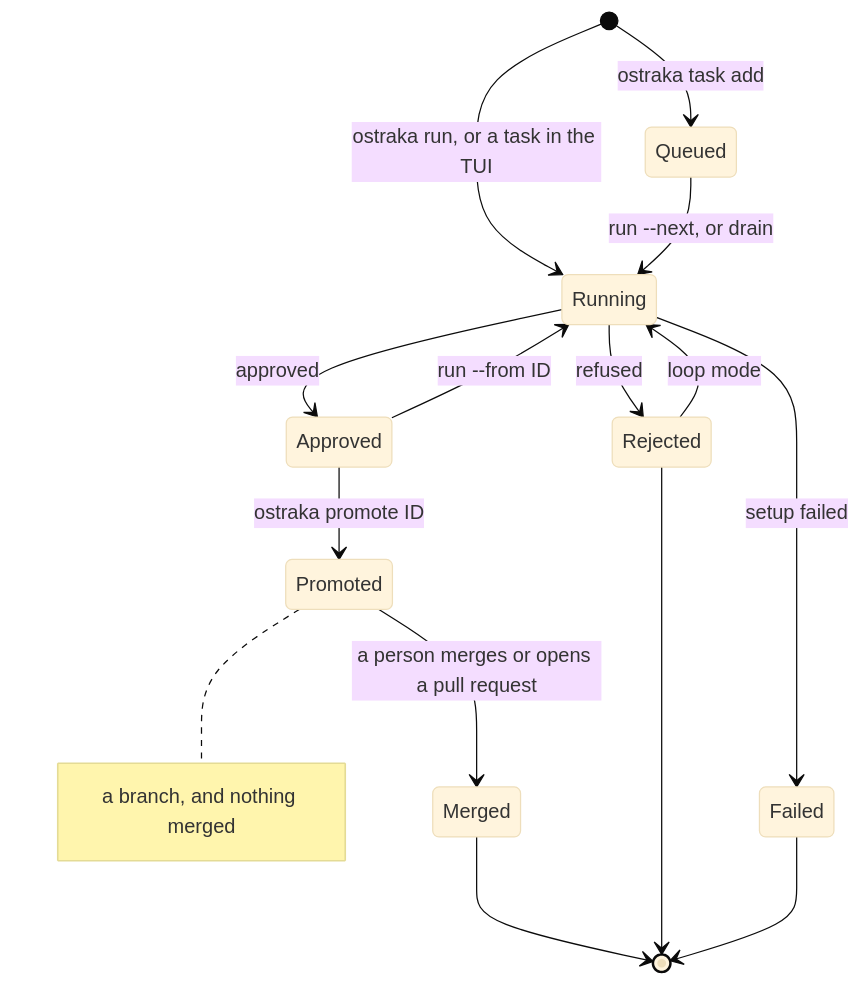
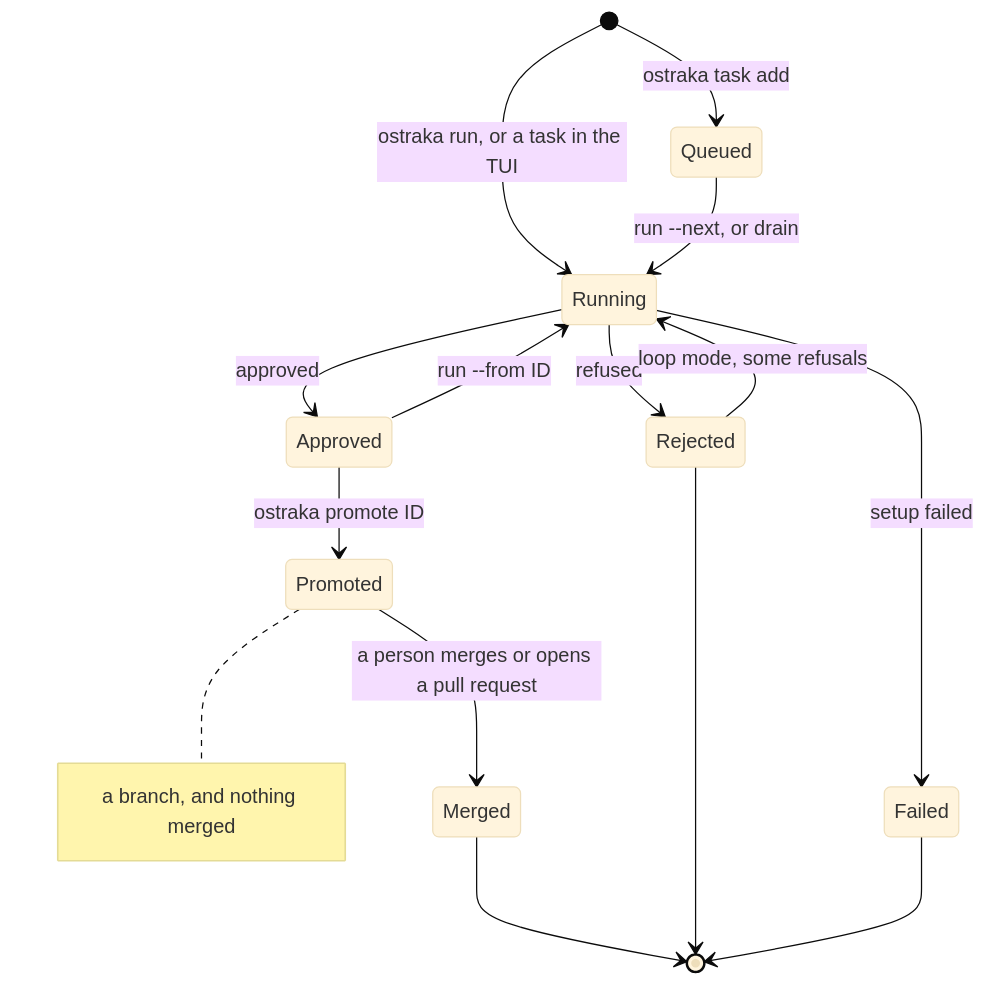
Before and after one commit to bemindlabs/ostraka: the third of 5 diagrams in docs/architecture.md, drawn with Mermaid (base theme).

Commit message:
Say that loop mode retries only some refusals
The state diagram's "Rejected to Running: loop mode" edge read as though
every refusal is retried. Loop mode retries a failed check, a rejected
change or no change, and never a vendor that could not run, a timeout, a
stop or a policy violation — as the paragraph under the diagram says.
The label now says "loop mode, some refusals". Raised in review.

Claude-Session: https://claude.ai/code/session_01LVi2P1s4K5MXHoevyg7n9f

````diff
--- a/docs/architecture.md
+++ b/docs/architecture.md
@@ -156,22 +156,22 @@
 ```mermaid
 stateDiagram-v2
     [*] --> Queued: ostraka task add
     [*] --> Running: ostraka run, or a task in the TUI
     Queued --> Running: run --next, or drain
 
     Running --> Approved: approved
     Running --> Rejected: refused
     Running --> Failed: setup failed
 
-    Rejected --> Running: loop mode
+    Rejected --> Running: loop mode, some refusals
     Approved --> Running: run --from ID
 
     Approved --> Promoted: ostraka promote ID
     Promoted --> Merged: a person merges or opens a pull request
     Merged --> [*]
 
     Rejected --> [*]
     Failed --> [*]
 
     note right of Promoted: a branch, and nothing merged
 ```
````
